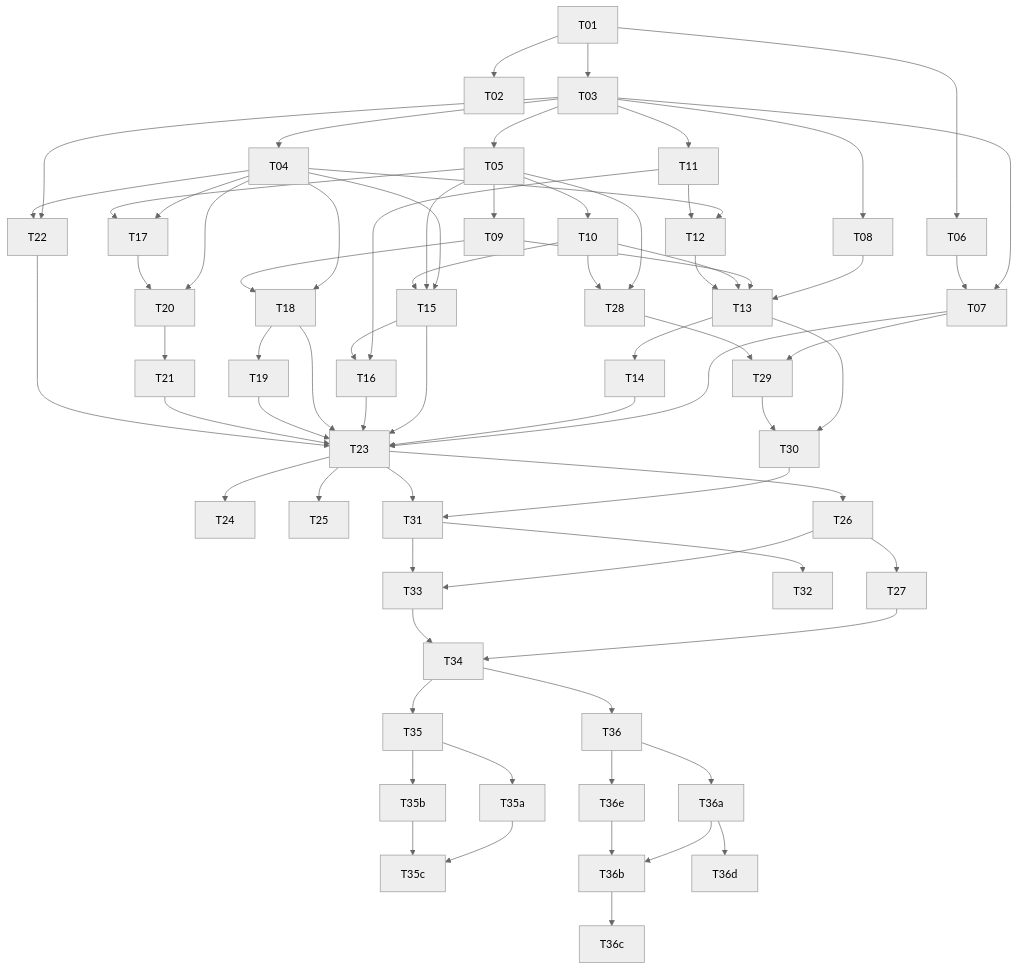
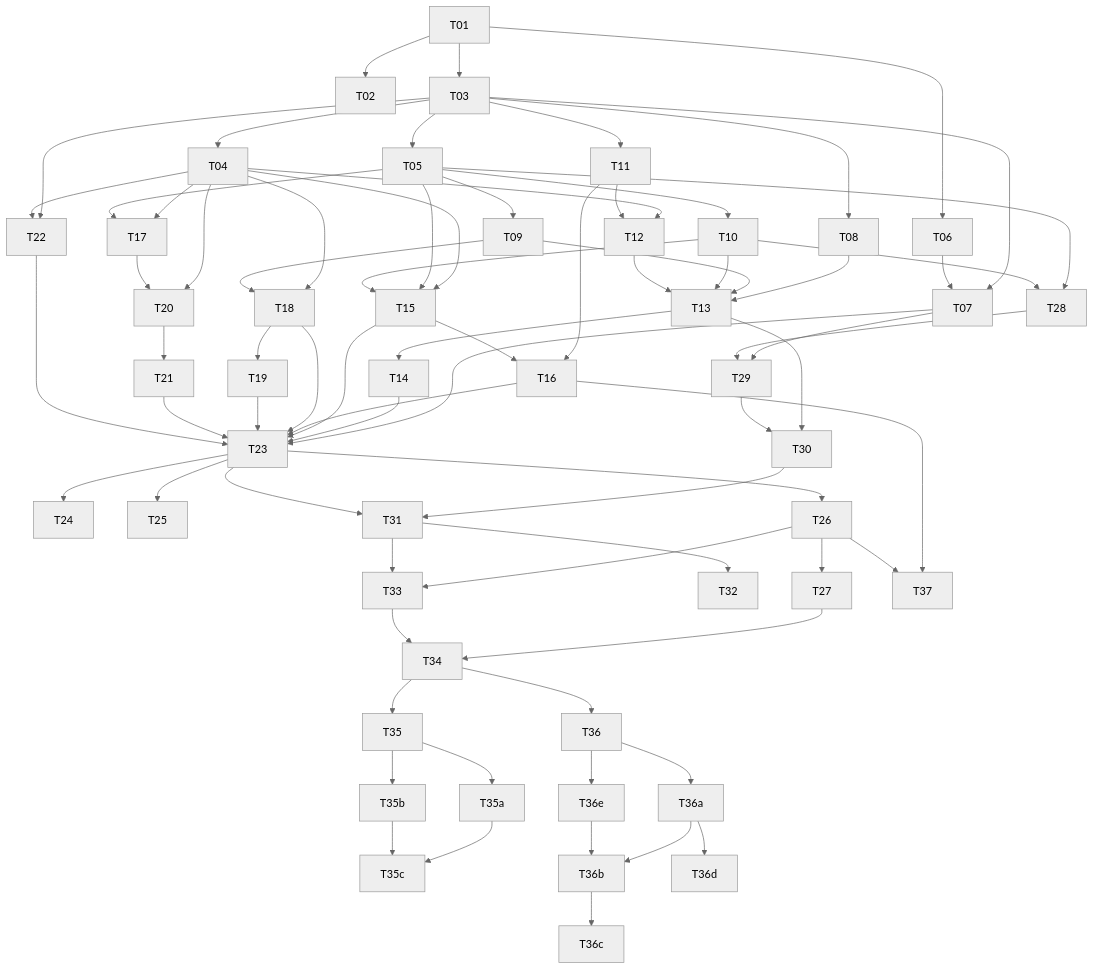
Before and after one commit to agentsky/agent-core: the diagram in docs/tasks-plan.md, drawn with Mermaid (neutral theme). The commit also changed other lines of this file and 5 other files, not shown here.

````diff
--- a/docs/tasks-plan.md
+++ b/docs/tasks-plan.md
@@ -455,73 +457,75 @@
 ```mermaid
 graph TD
     T01 --> T02
     T01 --> T03
     T03 --> T04
     T03 --> T05
     T01 --> T06
     T03 --> T07
     T06 --> T07
     T03 --> T08
     T05 --> T09
     T05 --> T10
     T03 --> T11
     T04 --> T12
     T11 --> T12
     T08 --> T13
     T09 --> T13
     T10 --> T13
     T12 --> T13
     T13 --> T14
     T04 --> T15
     T05 --> T15
     T10 --> T15
     T11 --> T16
     T15 --> T16
     T04 --> T17
     T05 --> T17
     T04 --> T18
     T09 --> T18
     T18 --> T19
     T04 --> T20
     T17 --> T20
     T20 --> T21
     T03 --> T22
     T04 --> T22
     T07 --> T23
     T14 --> T23
     T15 --> T23
     T16 --> T23
     T18 --> T23
     T19 --> T23
     T21 --> T23
     T22 --> T23
     T23 --> T24
     T23 --> T25
     T23 --> T26
     T26 --> T27
     T05 --> T28
     T10 --> T28
     T07 --> T29
     T28 --> T29
     T13 --> T30
     T29 --> T30
     T30 --> T31
     T23 --> T31
     T31 --> T32
     T26 --> T33
     T31 --> T33
     T27 --> T34
     T33 --> T34
     T34 --> T35
     T35 --> T35a
     T35 --> T35b
     T35a --> T35c
     T35b --> T35c
     T34 --> T36
     T36 --> T36a
     T36a --> T36b
     T36b --> T36c
     T36a --> T36d
     T36 --> T36e
     T36e --> T36b
+    T16 --> T37
+    T26 --> T37
 ```
````
